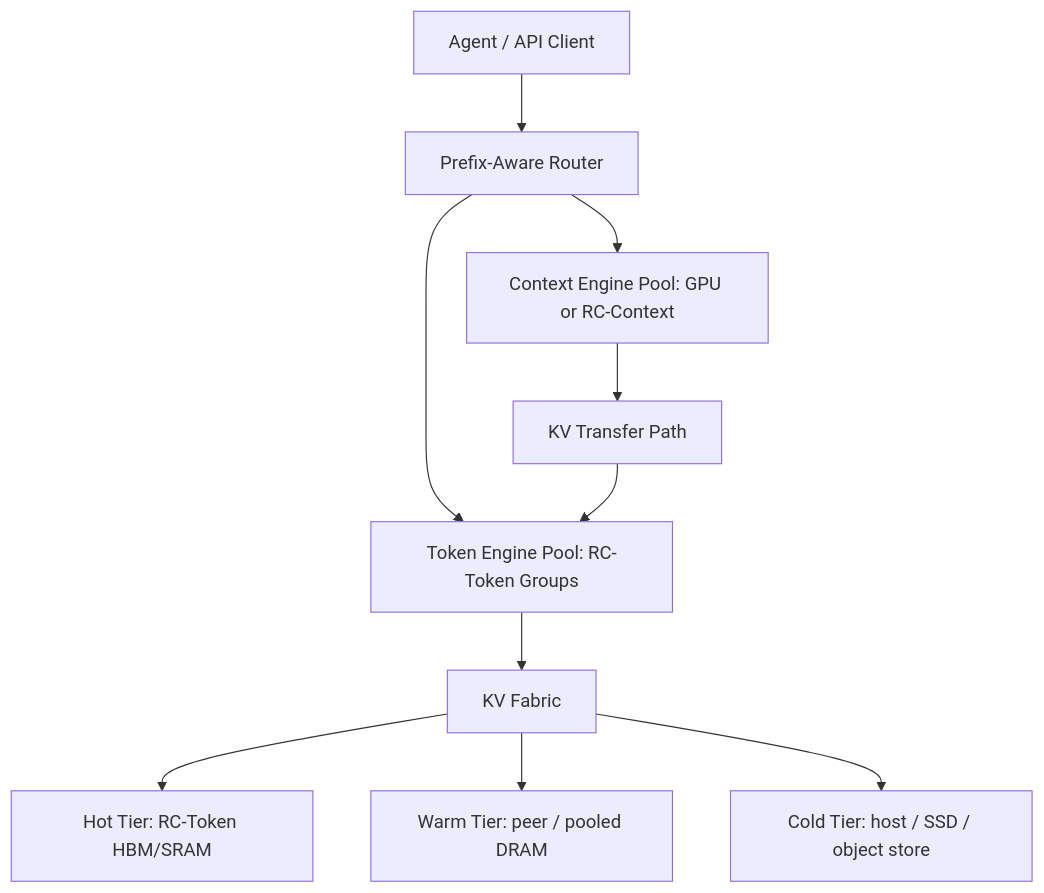
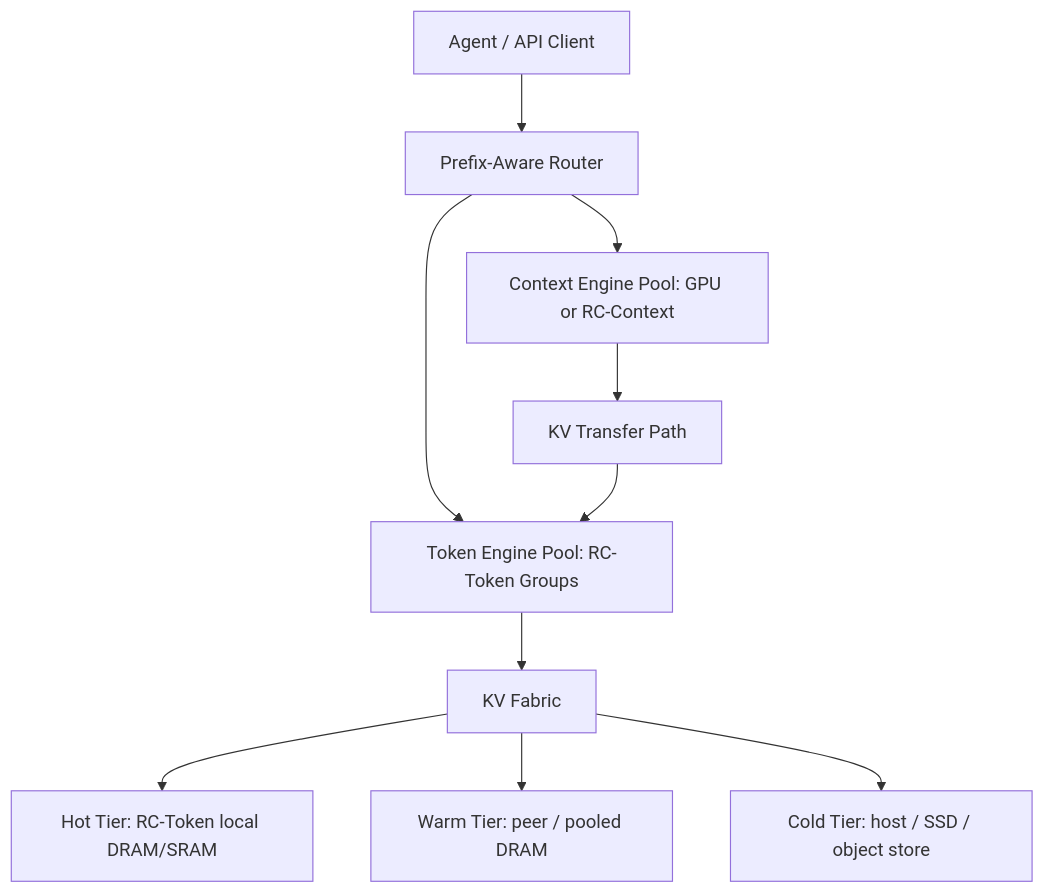
Before and after one commit to suryavanshi/RecursiveCompute: the first of 3 diagrams in architecture.md, drawn with Mermaid. The commit also changed other lines of this file and 7 other files, not shown here.

````diff
--- a/architecture.md
+++ b/architecture.md
@@ -11,12 +11,12 @@
 ```mermaid
 flowchart TB
   Client["Agent / API Client"] --> Router["Prefix-Aware Router"]
   Router --> Context["Context Engine Pool: GPU or RC-Context"]
   Router --> Token["Token Engine Pool: RC-Token Groups"]
   Context --> KVXfer["KV Transfer Path"]
   KVXfer --> Token
   Token --> KFabric["KV Fabric"]
-  KFabric --> Hot["Hot Tier: RC-Token HBM/SRAM"]
+  KFabric --> Hot["Hot Tier: RC-Token local DRAM/SRAM"]
   KFabric --> Warm["Warm Tier: peer / pooled DRAM"]
   KFabric --> Cold["Cold Tier: host / SSD / object store"]
 ```
````
